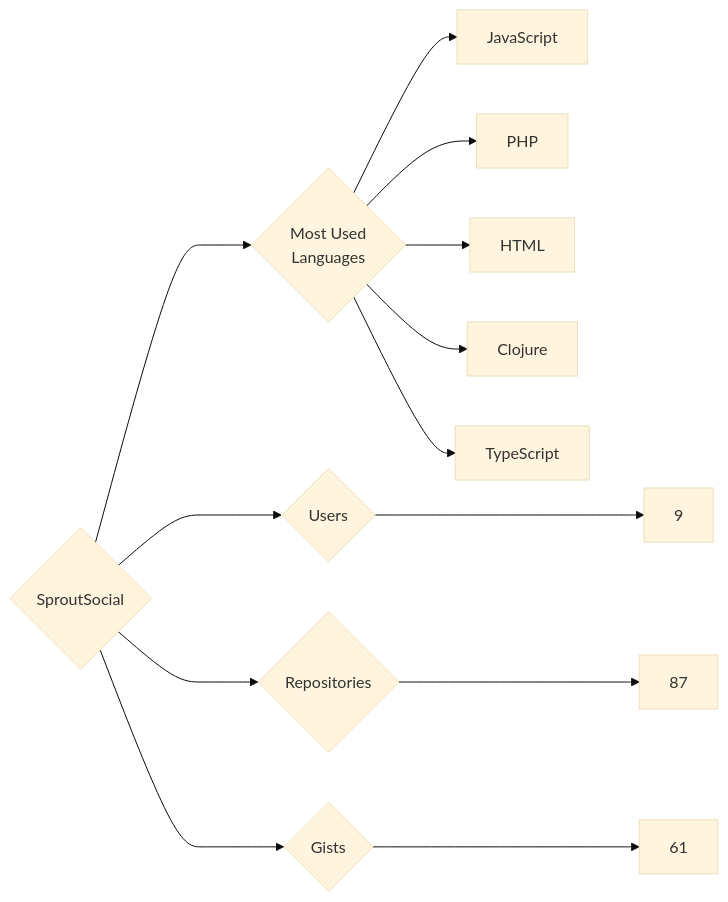
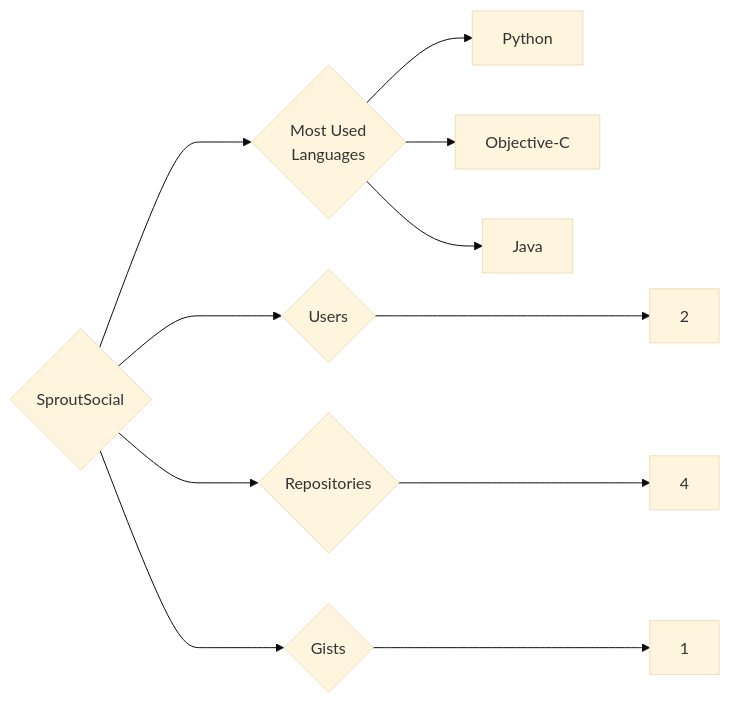
Before and after one commit to trickest/insiders: the diagram in targets/SproutSocial/README.md, drawn with Mermaid (base theme). The commit also changed 1496 other files, not shown here.

````diff
--- a/targets/SproutSocial/README.md
+++ b/targets/SproutSocial/README.md
@@ -3,13 +3,11 @@
 ```mermaid
 graph LR
 COMPANY_NAME{SproutSocial}
-COMPANY_NAME ---> U{Users} ---> UN[9]
-COMPANY_NAME ---> R{Repositories} ---> RN[87]
-COMPANY_NAME ---> G{Gists} ---> GN[61]
+COMPANY_NAME ---> U{Users} ---> UN[2]
+COMPANY_NAME ---> R{Repositories} ---> RN[4]
+COMPANY_NAME ---> G{Gists} ---> GN[1]
 COMPANY_NAME ---> ML{Most Used<br>Languages}
-ML --> JavaScript[JavaScript]
-ML --> PHP[PHP]
-ML --> HTML[HTML]
-ML --> Clojure[Clojure]
-ML --> TypeScript[TypeScript]
+ML --> Python[Python]
+ML --> Objective-C[Objective-C]
+ML --> Java[Java]
 ```
````
